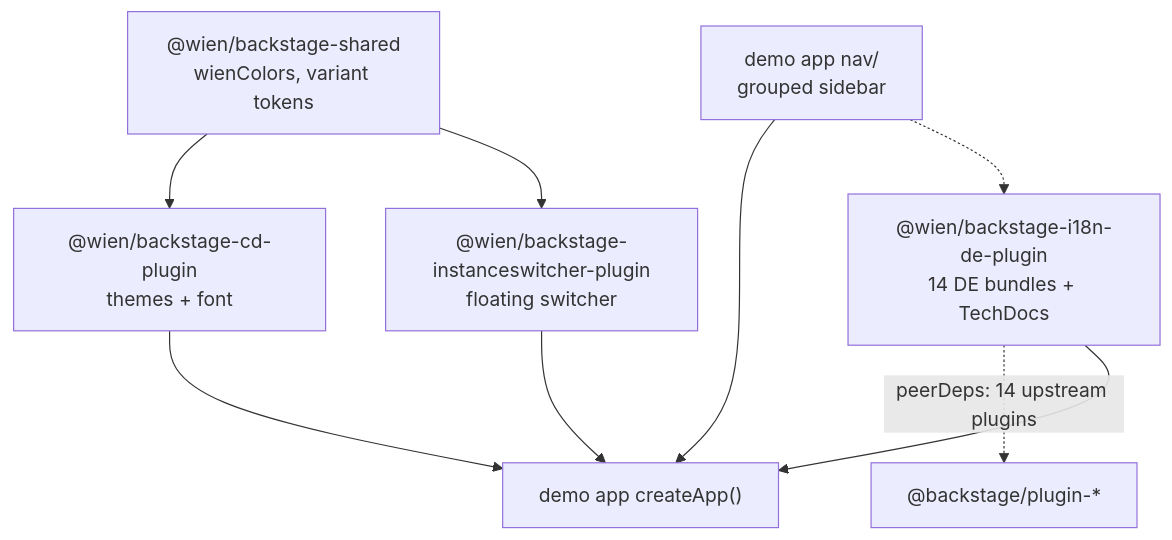
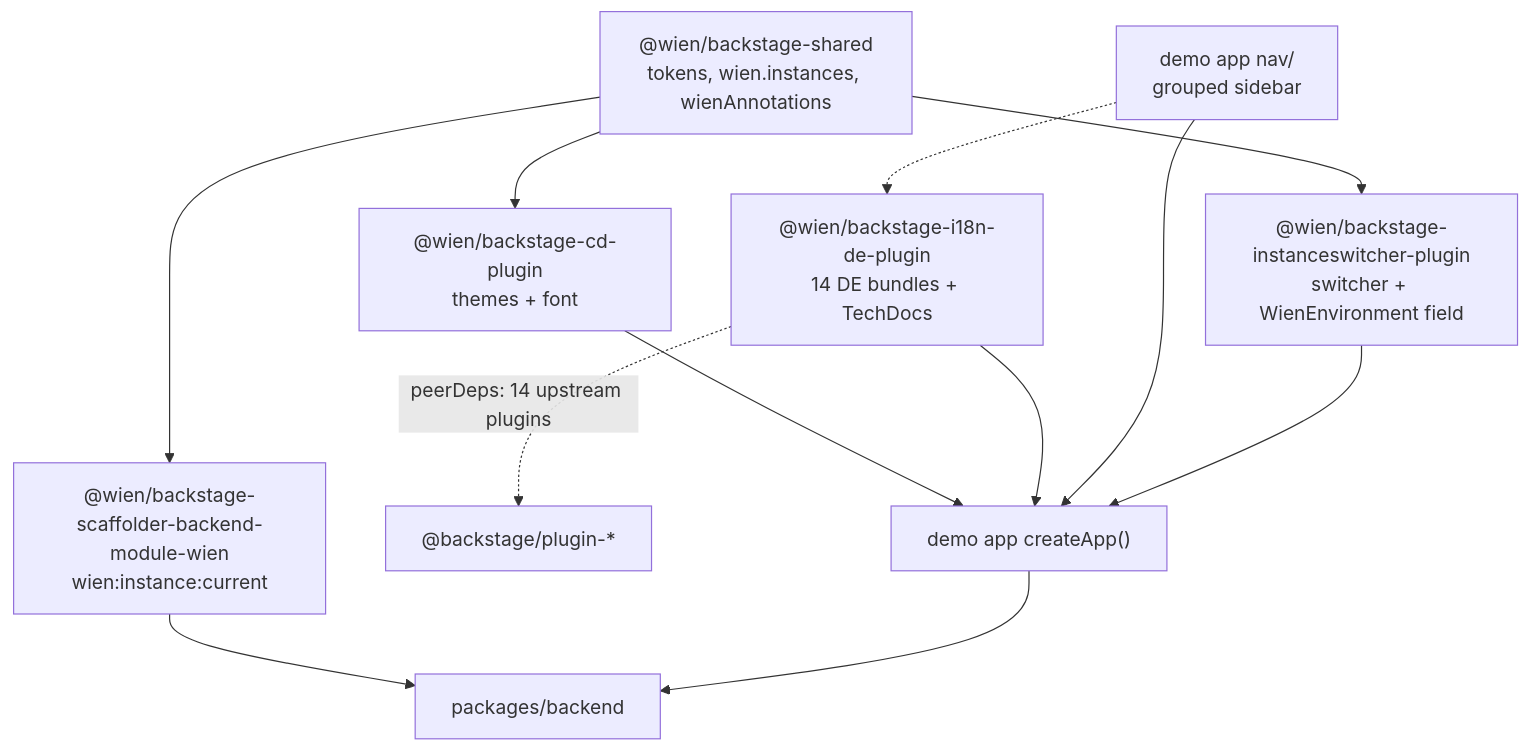
The diagram in README.md (adis-b/hackstage), drawn with Mermaid before and after one commit. The commit also changed other lines of this file and 23 other files, not shown here.

First line of the commit message:
chore: architecture cleanup — config schema, versions, docs, tests

````diff
--- a/README.md
+++ b/README.md
@@ -62,17 +63,21 @@
 ```mermaid
 flowchart TB
-  Shared["@wien/backstage-shared<br/>wienColors, variant tokens"]
+  Shared["@wien/backstage-shared<br/>tokens, wien.instances, wienAnnotations"]
   CD["@wien/backstage-cd-plugin<br/>themes + font"]
   I18N["@wien/backstage-i18n-de-plugin<br/>14 DE bundles + TechDocs"]
   DemoNav["demo app nav/<br/>grouped sidebar"]
-  SW["@wien/backstage-instanceswitcher-plugin<br/>floating switcher"]
+  SW["@wien/backstage-instanceswitcher-plugin<br/>switcher + WienEnvironment field"]
+  ScaffBE["@wien/backstage-scaffolder-backend-module-wien<br/>wien:instance:current"]
 
   Shared --> CD
   Shared --> SW
+  Shared --> ScaffBE
   I18N -.->|"peerDeps: 14 upstream plugins"| Upstream["@backstage/plugin-*"]
   CD --> App["demo app createApp()"]
   I18N --> App
   DemoNav --> App
   DemoNav -.-> I18N
   SW --> App
+  ScaffBE --> BE["packages/backend"]
+  App --> BE
 ```
````
